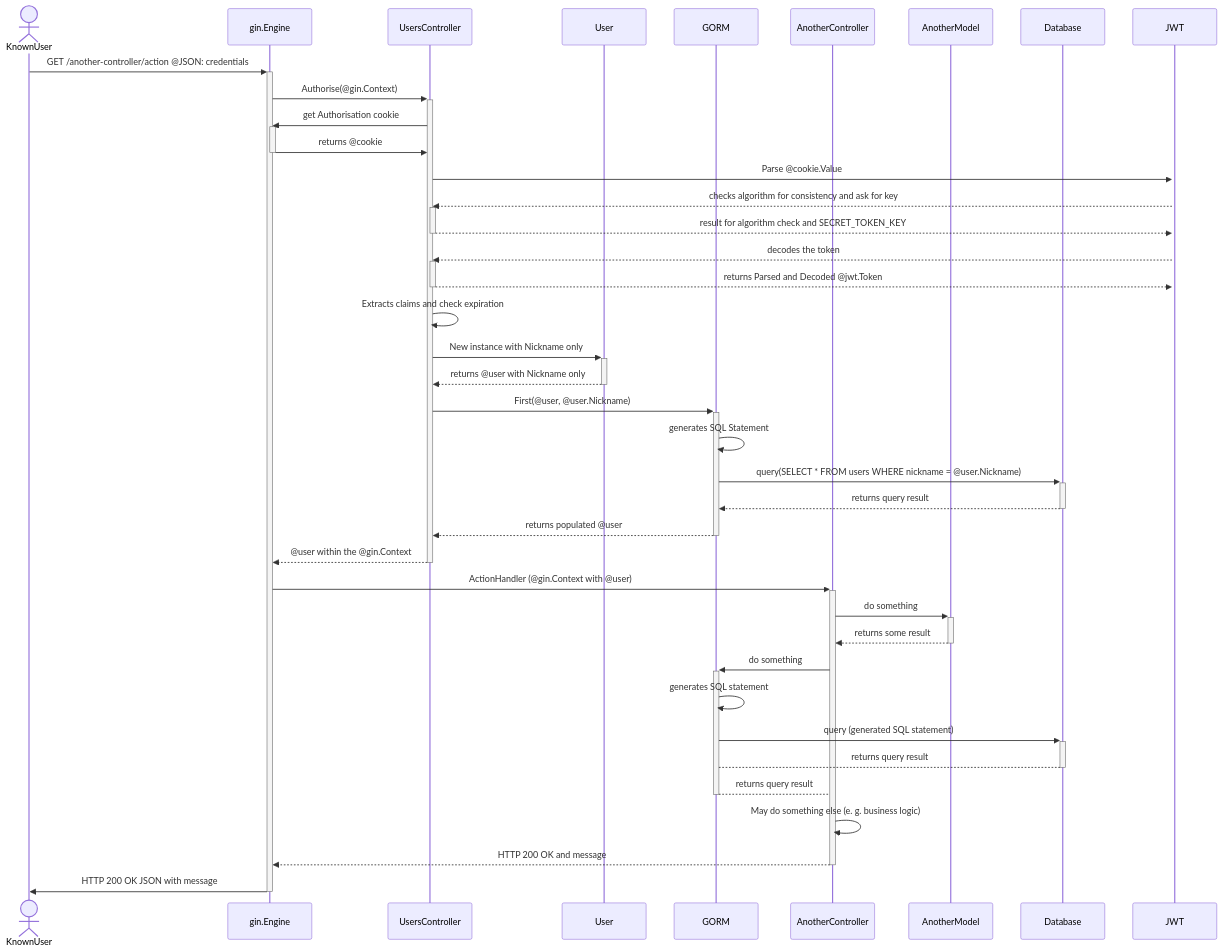
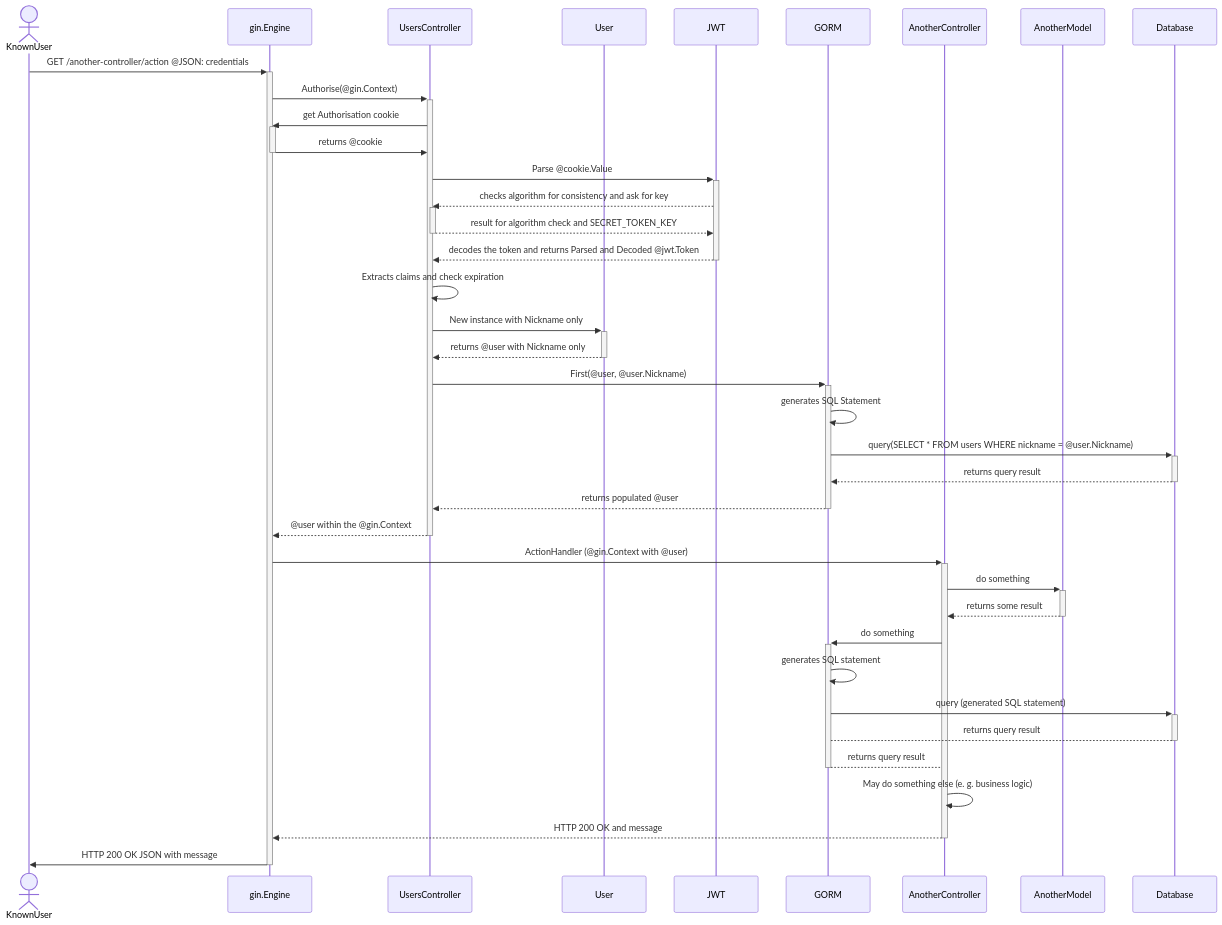
Before and after one commit to zatarain/note-vook: the fourth of 4 diagrams in README.md, drawn with Mermaid.

Commit message:
VOOK-001: Improving sequence diagrams

````diff
--- a/README.md
+++ b/README.md
@@ -207,45 +207,45 @@
 ```mermaid
 sequenceDiagram
 
 actor KnownUser
 participant gin.Engine
 participant UsersController
 participant User
+participant JWT
 participant GORM
 participant AnotherController
 participant AnotherModel
 participant Database
-participant JWT
 
 KnownUser->>+gin.Engine: GET /another-controller/action @JSON: credentials
 gin.Engine->>+UsersController: Authorise(@gin.Context)
 UsersController->>+gin.Engine: get Authorisation cookie
 gin.Engine->>-UsersController: returns @cookie
+
 UsersController->>+JWT: Parse @cookie.Value
 JWT-->>+UsersController: checks algorithm for consistency and ask for key
 UsersController-->>-JWT: result for algorithm check and SECRET_TOKEN_KEY
-JWT-->>+UsersController: decodes the token
-UsersController-->>-JWT: returns Parsed and Decoded @jwt.Token
+JWT-->>-UsersController: decodes the token and returns Parsed and Decoded @jwt.Token
 
 UsersController->>UsersController: Extracts claims and check expiration
 UsersController->>+User: New instance with Nickname only
 User-->>-UsersController: returns @user with Nickname only
 UsersController->>+GORM: First(@user, @user.Nickname)
 GORM->>GORM: generates SQL Statement
 GORM->>+Database: query(SELECT * FROM users WHERE nickname = @user.Nickname)
 Database-->>-GORM: returns query result
 GORM-->>-UsersController: returns populated @user 
 UsersController-->>-gin.Engine: @user within the @gin.Context
 
 gin.Engine->>+AnotherController: ActionHandler (@gin.Context with @user)
 AnotherController->>+AnotherModel: do something
 AnotherModel-->>-AnotherController: returns some result
 AnotherController->>+GORM: do something
 GORM->>GORM: generates SQL statement
 GORM->>+Database: query (generated SQL statement)
 Database-->-GORM: returns query result
 GORM-->-AnotherController: returns query result
 AnotherController->>AnotherController: May do something else (e. g. business logic)
 AnotherController-->>-gin.Engine: HTTP 200 OK and message
 gin.Engine->>-KnownUser: HTTP 200 OK JSON with message
 ```
````
